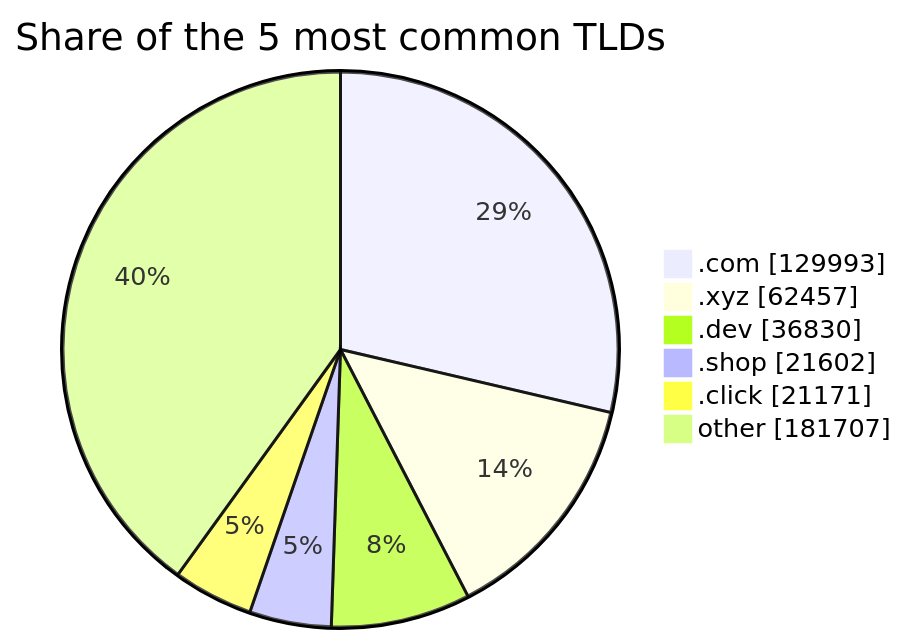
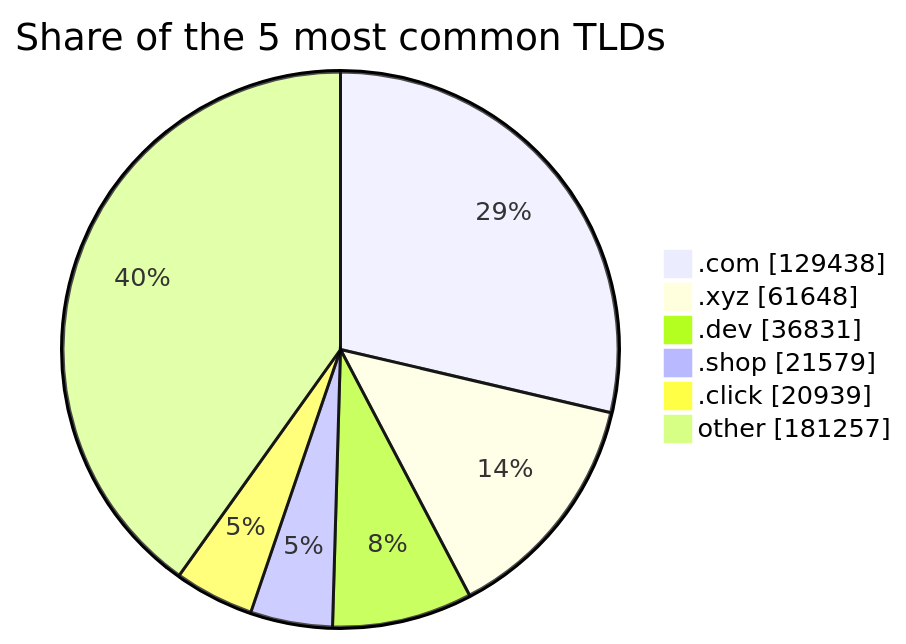
One commit to DNSBunker/CTI changed the third of 3 diagrams in README.md. Above: the diagram before and after it, drawn with Mermaid. The commit also changed other lines of this file and 3 other files, not shown here.

````diff
--- a/README.md
+++ b/README.md
@@ -81,9 +81,9 @@
 ```mermaid
 pie showData title Share of the 5 most common TLDs
-    ".com" : 129993
-    ".xyz" : 62457
-    ".dev" : 36830
-    ".shop" : 21602
-    ".click" : 21171
-    "other" : 181707
+    ".com" : 129438
+    ".xyz" : 61648
+    ".dev" : 36831
+    ".shop" : 21579
+    ".click" : 20939
+    "other" : 181257
 ```
````
